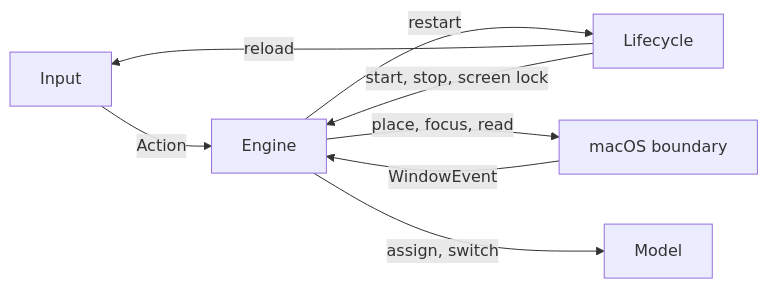
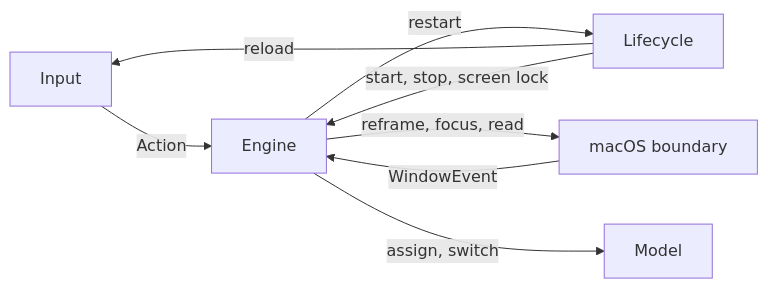
The second of 19 diagrams in ARCHITECTURE.md (brennovich/ottowm), drawn with Mermaid before and after one commit. The commit also changed other lines of this file and 3 other files, not shown here.

````diff
--- a/ARCHITECTURE.md
+++ b/ARCHITECTURE.md
@@ -49,10 +50,10 @@
 ```mermaid
 flowchart LR
     Input -->|Action| Engine
     Engine -->|restart| Lifecycle
     Lifecycle -->|reload| Input
     macOS["macOS boundary"] -->|WindowEvent| Engine
-    Engine -->|place, focus, read| macOS
+    Engine -->|reframe, focus, read| macOS
     Engine -->|assign, switch| Model
     Lifecycle -->|start, stop, screen lock| Engine
 ```
````
